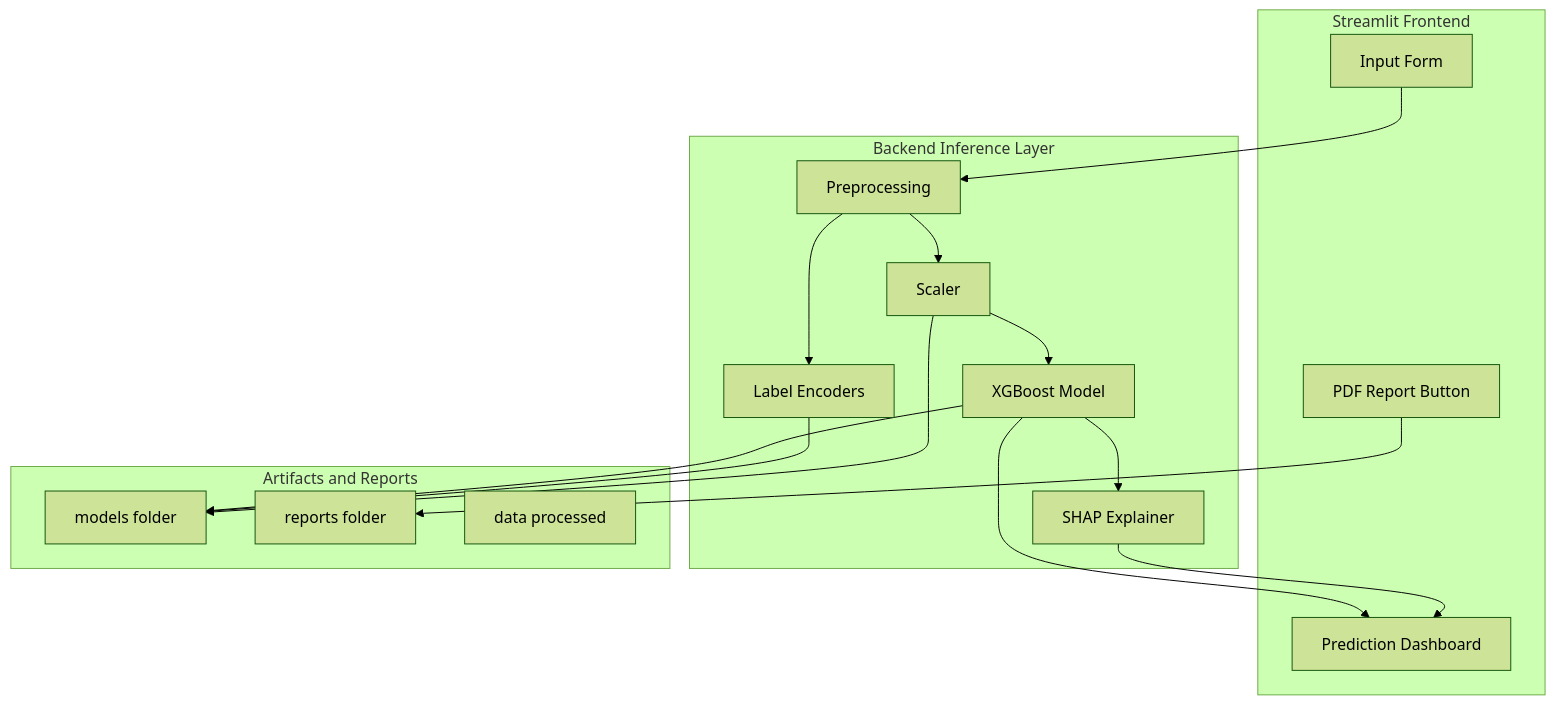
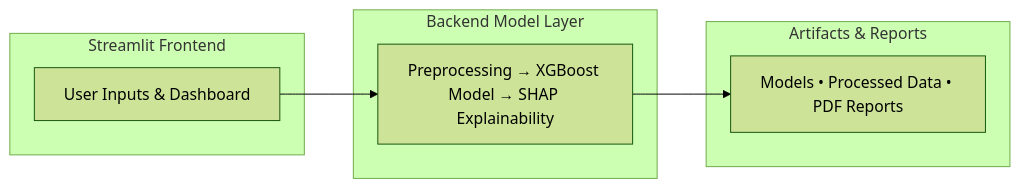
Before and after one commit to aparnaworkspace/autism-diagnostic-support-tool: the second of 2 diagrams in README.md, drawn with Mermaid (forest theme). The commit also changed other lines of this file, not shown here.

````diff
--- a/README.md
+++ b/README.md
@@ -136,43 +136,19 @@
 ```mermaid
-flowchart TB
+flowchart LR
 
-    %% ========== FRONTEND ==========
     subgraph UI[Streamlit Frontend]
-        UI1[Input Form]
-        UI2[Prediction Dashboard]
-        UI3[PDF Report Button]
+        A[User Inputs & Dashboard]
     end
 
-    %% ========== BACKEND ==========
-    subgraph BE[Backend Inference Layer]
-        BE1[Preprocessing]
-        BE2[Label Encoders]
-        BE3[Scaler]
-        BE4[XGBoost Model]
-        BE5[SHAP Explainer]
+    subgraph BE[Backend Model Layer]
+        B[Preprocessing → XGBoost Model → SHAP Explainability]
     end
 
-    %% ========== ARTIFACTS ==========
-    subgraph AR[Artifacts and Reports]
-        AR1[models folder]
-        AR2[reports folder]
-        AR3[data processed]
+    subgraph AR[Artifacts & Reports]
+        C[Models • Processed Data • PDF Reports]
     end
 
-    %% ========== FLOWS ==========
-    UI1 --> BE1
-    BE1 --> BE2
-    BE1 --> BE3
-    BE3 --> BE4
-    BE4 --> BE5
+    A --> B --> C
 
-    BE4 --> UI2
-    BE5 --> UI2
-
-    UI3 --> AR2
-
-    BE4 --> AR1
-    BE2 --> AR1
-    BE3 --> AR1
 
 ```
````
